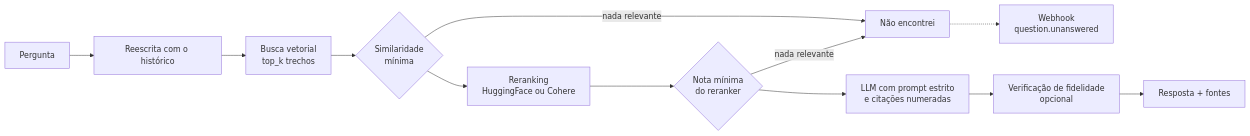
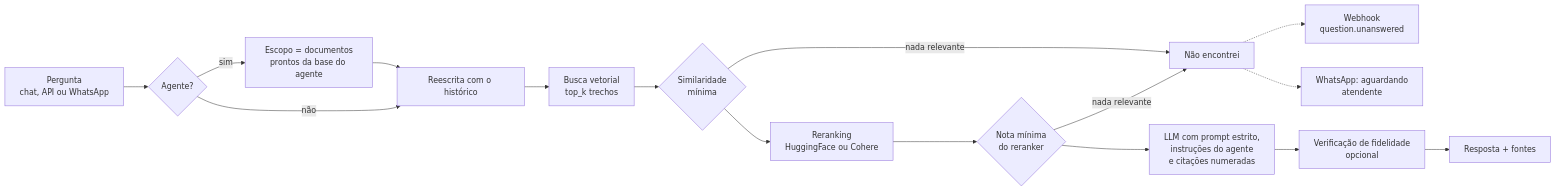
The first of 2 diagrams in README.md (ravelroot/Retrieval-Augmented-QA-System), drawn with Mermaid before and after one commit. The commit also changed other lines of this file and 71 other files, not shown here.

````diff
--- a/README.md
+++ b/README.md
@@ -59,14 +63,18 @@
 ```mermaid
 flowchart LR
-    P[Pergunta] --> C[Reescrita com o histórico]
+    P[Pergunta<br/>chat, API ou WhatsApp] --> G{Agente?}
+    G -- sim --> E[Escopo = documentos<br/>prontos da base do agente]
+    G -- não --> C[Reescrita com o histórico]
+    E --> C
     C --> B[Busca vetorial<br/>top_k trechos]
     B --> S{Similaridade<br/>mínima}
     S -- nada relevante --> N[Não encontrei]
     S --> R[Reranking<br/>HuggingFace ou Cohere]
     R --> T{Nota mínima<br/>do reranker}
     T -- nada relevante --> N
-    T --> L[LLM com prompt estrito<br/>e citações numeradas]
+    T --> L[LLM com prompt estrito,<br/>instruções do agente<br/>e citações numeradas]
     L --> V[Verificação de fidelidade<br/>opcional]
     V --> A[Resposta + fontes]
     N -.-> W[Webhook<br/>question.unanswered]
+    N -.-> H[WhatsApp: aguardando<br/>atendente]
 ```
````
